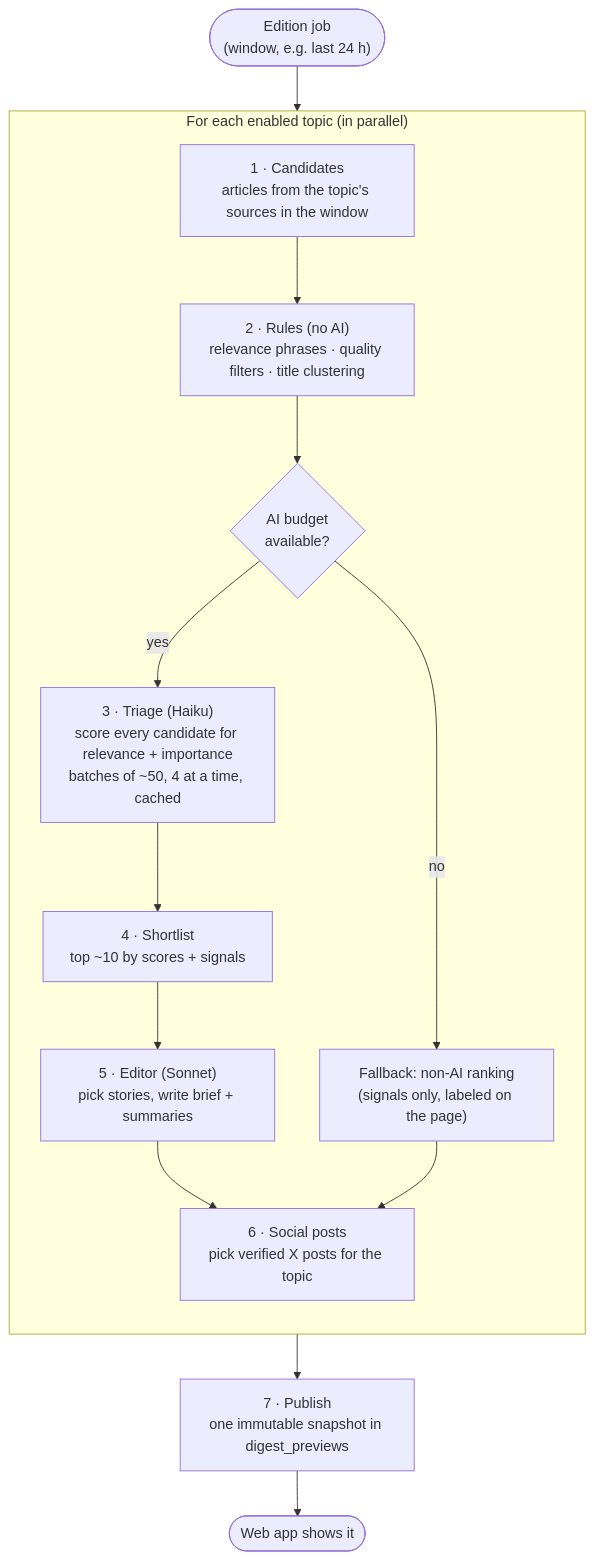
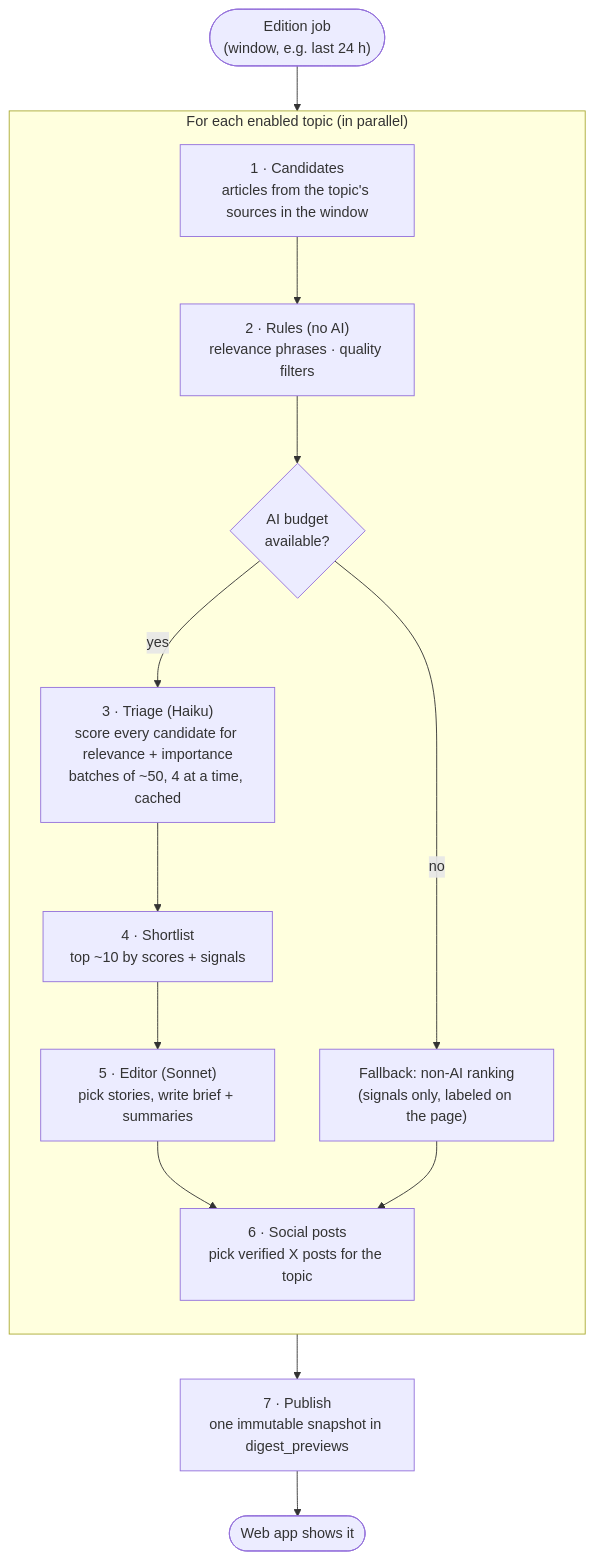
Before and after one commit to EmmadUsmani/news-digest: the diagram in docs/handbook/01-app/04-edition-pipeline.md, drawn with Mermaid. The commit also changed other lines of this file and 29 other files, not shown here.

````diff
--- a/docs/handbook/01-app/04-edition-pipeline.md
+++ b/docs/handbook/01-app/04-edition-pipeline.md
@@ -7,20 +7,20 @@
 ```mermaid
 flowchart TB
   start(["Edition job<br/>(window, e.g. last 24 h)"]) --> per
   subgraph per["For each enabled topic (in parallel)"]
     direction TB
     c["1 · Candidates<br/>articles from the topic's sources in the window"]
-    r["2 · Rules (no AI)<br/>relevance phrases · quality filters · title clustering"]
+    r["2 · Rules (no AI)<br/>relevance phrases · quality filters"]
     t{"AI budget<br/>available?"}
     tri["3 · Triage (Haiku)<br/>score every candidate for relevance + importance<br/>batches of ~50, 4 at a time, cached"]
     sl["4 · Shortlist<br/>top ~10 by scores + signals"]
     ed["5 · Editor (Sonnet)<br/>pick stories, write brief + summaries"]
     so["6 · Social posts<br/>pick verified X posts for the topic"]
     fb["Fallback: non-AI ranking<br/>(signals only, labeled on the page)"]
     c --> r --> t
     t -- yes --> tri --> sl --> ed --> so
     t -- no --> fb --> so
   end
   per --> pub["7 · Publish<br/>one immutable snapshot in digest_previews"]
   pub --> ui(["Web app shows it"])
 ```
````
